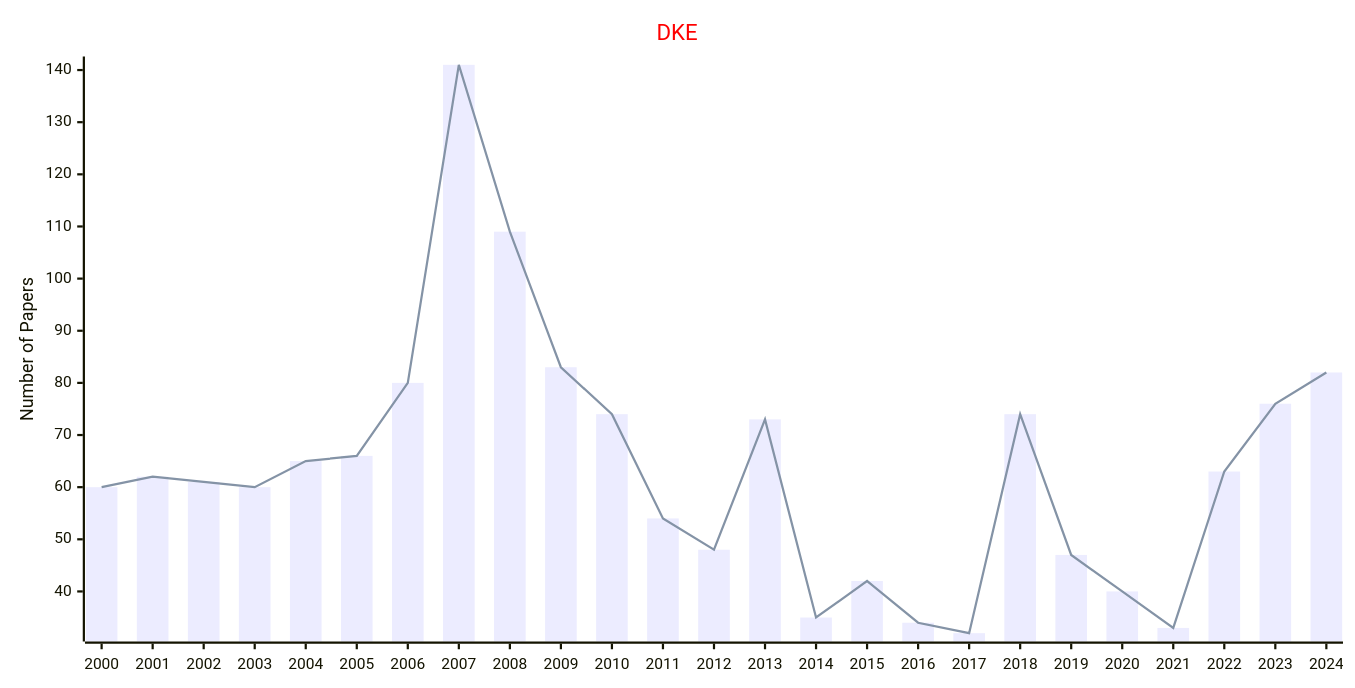
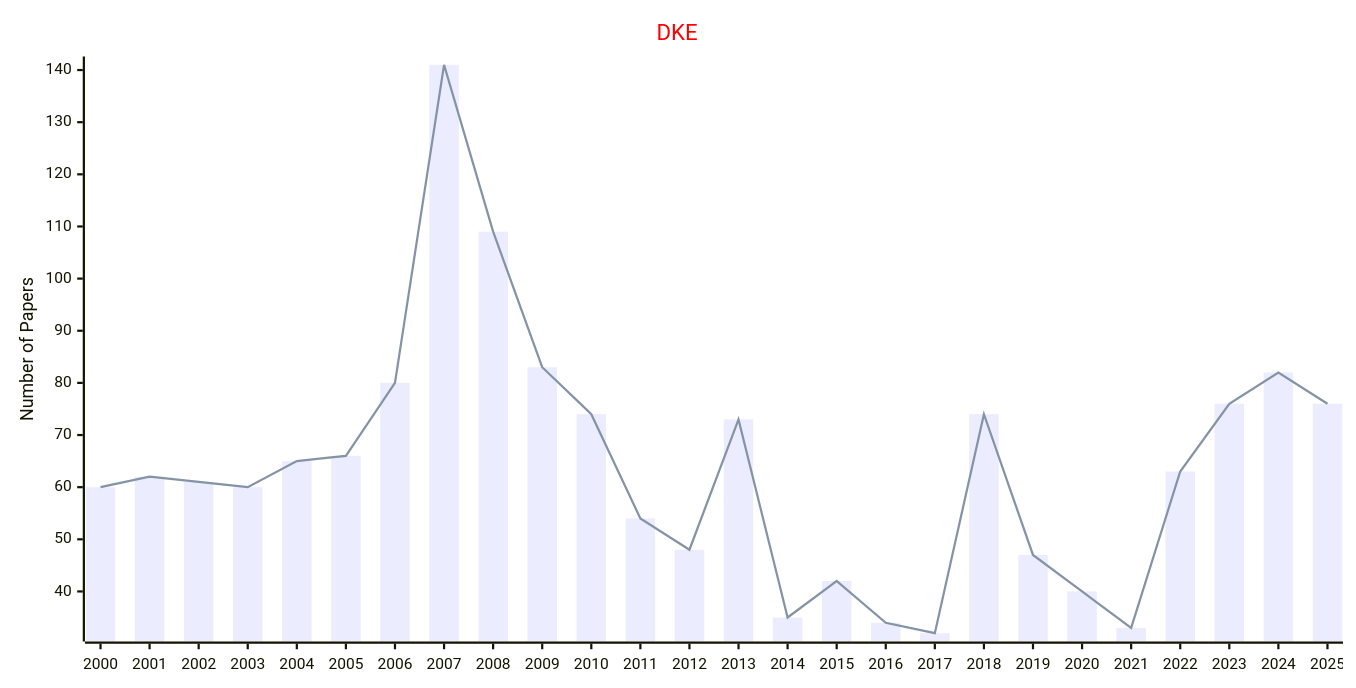
The second of 14 diagrams in docs/data/Journals/Statistics_Journals/Data_and_Knowledge.md (Easy-PhD/AILinks), drawn with Mermaid before and after one commit. The commit also changed other lines of this file and 107 other files, not shown here.

````diff
--- a/docs/data/Journals/Statistics_Journals/Data_and_Knowledge.md
+++ b/docs/data/Journals/Statistics_Journals/Data_and_Knowledge.md
@@ -33,17 +33,17 @@
 ```mermaid
 ---
 config:
     xyChart:
         width: 1200
         height: 600
     themeVariables:
         xyChart:
             titleColor: "#ff0000"
 ---
 xychart-beta
     title "DKE"
-    x-axis [2000, 2001, 2002, 2003, 2004, 2005, 2006, 2007, 2008, 2009, 2010, 2011, 2012, 2013, 2014, 2015, 2016, 2017, 2018, 2019, 2020, 2021, 2022, 2023, 2024]
+    x-axis [2000, 2001, 2002, 2003, 2004, 2005, 2006, 2007, 2008, 2009, 2010, 2011, 2012, 2013, 2014, 2015, 2016, 2017, 2018, 2019, 2020, 2021, 2022, 2023, 2024, 2025]
     y-axis "Number of Papers"
-    bar [60, 62, 61, 60, 65, 66, 80, 141, 109, 83, 74, 54, 48, 73, 35, 42, 34, 32, 74, 47, 40, 33, 63, 76, 82]
-    line [60, 62, 61, 60, 65, 66, 80, 141, 109, 83, 74, 54, 48, 73, 35, 42, 34, 32, 74, 47, 40, 33, 63, 76, 82]
+    bar [60, 62, 61, 60, 65, 66, 80, 141, 109, 83, 74, 54, 48, 73, 35, 42, 34, 32, 74, 47, 40, 33, 63, 76, 82, 76]
+    line [60, 62, 61, 60, 65, 66, 80, 141, 109, 83, 74, 54, 48, 73, 35, 42, 34, 32, 74, 47, 40, 33, 63, 76, 82, 76]
 ```
````
